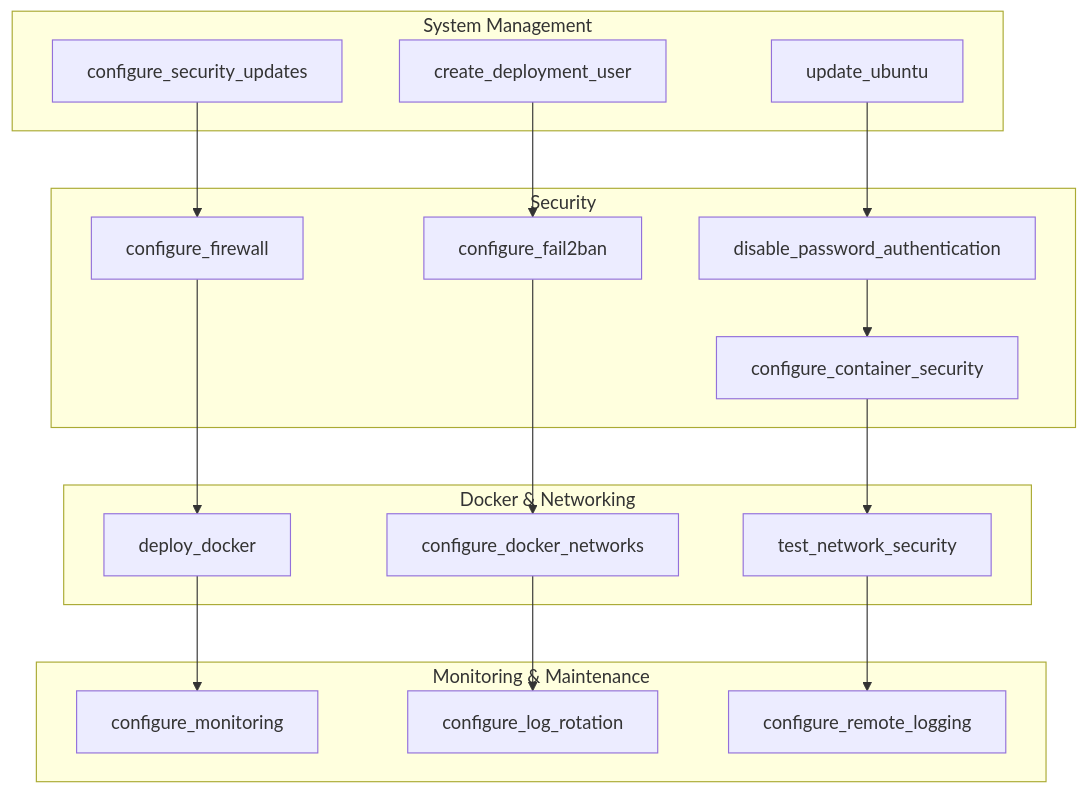
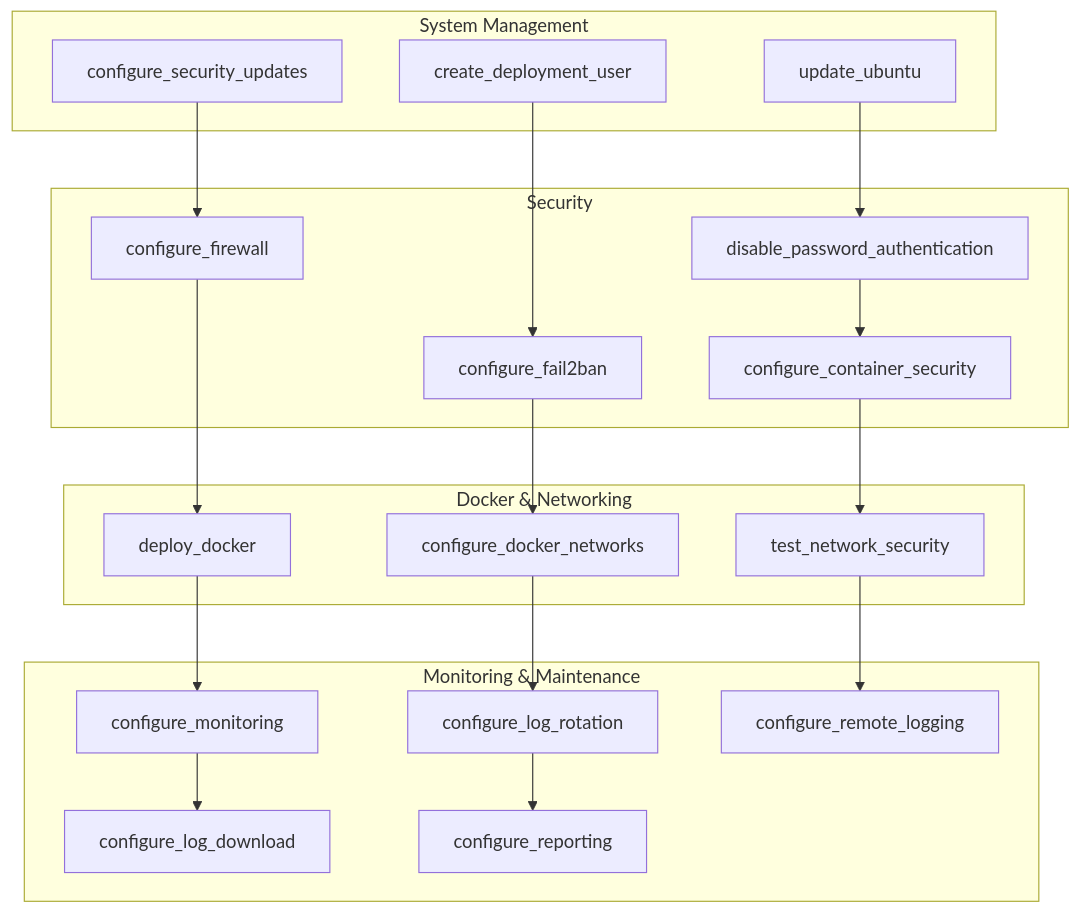
The diagram in documentation/ROLES.md (eduardoshanahan/devcontainers-deploy-docker), drawn with Mermaid before and after one commit. The commit also changed other lines of this file and 9 other files, not shown here.

````diff
--- a/documentation/ROLES.md
+++ b/documentation/ROLES.md
@@ -11,38 +11,42 @@
 ```mermaid
 graph TB
     subgraph "System Management"
         A[update_ubuntu]
         B[configure_security_updates]
         C[create_deployment_user]
     end
     
     subgraph "Security"
         D[disable_password_authentication]
         E[configure_firewall]
         F[configure_fail2ban]
         G[configure_container_security]
     end
     
     subgraph "Docker & Networking"
         H[deploy_docker]
         I[configure_docker_networks]
         J[test_network_security]
     end
     
     subgraph "Monitoring & Maintenance"
         K[configure_monitoring]
         L[configure_log_rotation]
         M[configure_remote_logging]
+        N[configure_log_download]
+        O[configure_reporting]
     end
     
     A --> D
     B --> E
     C --> F
     D --> G
     E --> H
     F --> I
     G --> J
     H --> K
     I --> L
     J --> M
+    K --> N
+    L --> O
 ```
````
